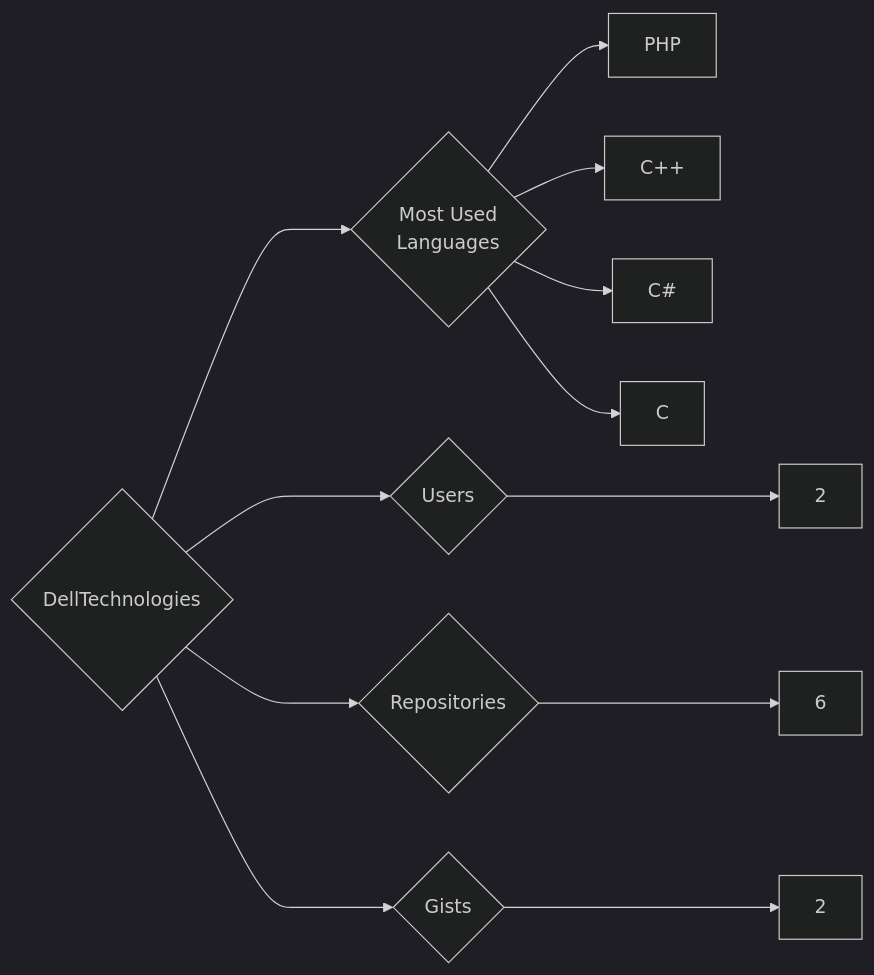
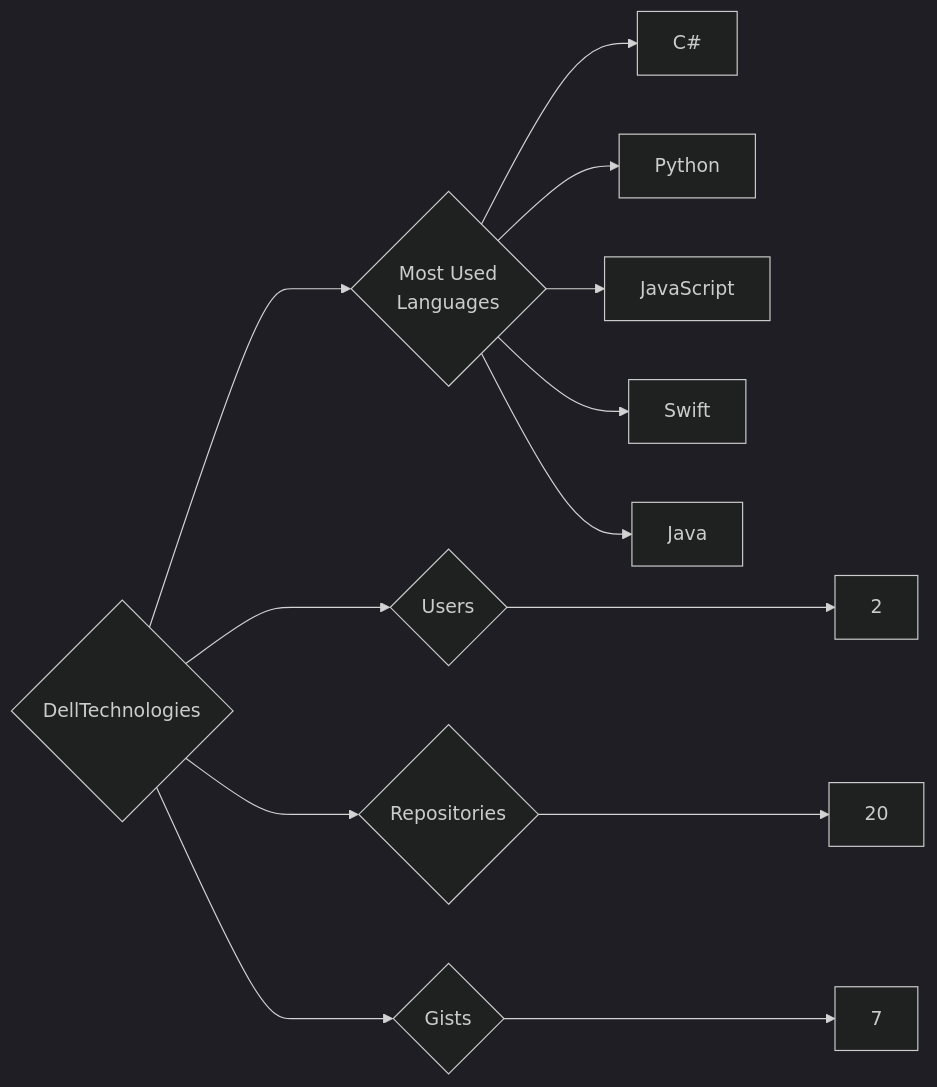
The diagram in targets/DellTechnologies/README.md (trickest/insiders), drawn with Mermaid (dark theme) before and after one commit. The commit also changed 1055 other files, not shown here.

````diff
--- a/targets/DellTechnologies/README.md
+++ b/targets/DellTechnologies/README.md
@@ -3,12 +3,13 @@
 ```mermaid
 graph LR
 COMPANY_NAME{DellTechnologies}
 COMPANY_NAME ---> U{Users} ---> UN[2]
-COMPANY_NAME ---> R{Repositories} ---> RN[6]
-COMPANY_NAME ---> G{Gists} ---> GN[2]
+COMPANY_NAME ---> R{Repositories} ---> RN[20]
+COMPANY_NAME ---> G{Gists} ---> GN[7]
 COMPANY_NAME ---> ML{Most Used<br>Languages}
-ML --> PHP[PHP]
-ML --> C++[C++]
 ML --> C#[C#]
-ML --> C[C]
+ML --> Python[Python]
+ML --> JavaScript[JavaScript]
+ML --> Swift[Swift]
+ML --> Java[Java]
 ```
````
